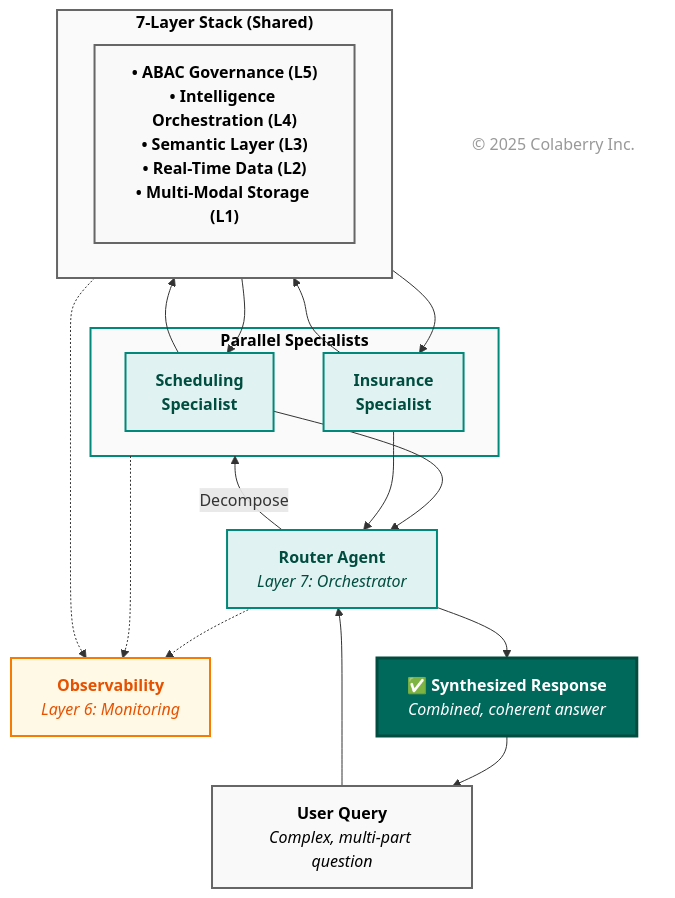
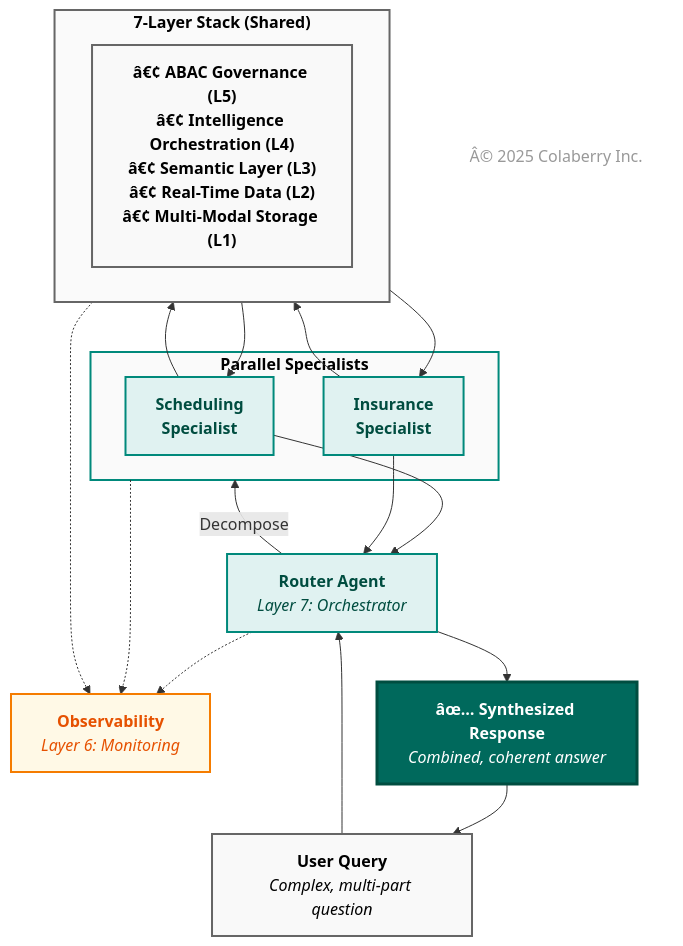
Diagram 16 of 18 in chapter-01/chapter_1_complete.md (colaberry/enterprise-data-readiness-ai-agents), drawn with Mermaid before and after one commit. The commit also changed other lines of this file and 24 other files, not shown here.

````diff
--- a/chapter-01/chapter_1_complete.md
+++ b/chapter-01/chapter_1_complete.md
@@ -2727,55 +2738,55 @@
 ```mermaid
 graph TB
     U["<b>User Query</b><br/><i>Complex, multi-part question</i>"]
     
     R["<b>Router Agent</b><br/><i>Layer 7: Orchestrator</i>"]
     
     subgraph parallel["<b>Parallel Specialists</b>"]
         S1["<b>Scheduling<br/>Specialist</b>"]
         S2["<b>Insurance<br/>Specialist</b>"]
     end
     
     subgraph stack["<b>7-Layer Stack (Shared)</b>"]
-        ST["<b>• ABAC Governance (L5)</b><br/><b>• Intelligence Orchestration (L4)</b><br/><b>• Semantic Layer (L3)</b><br/><b>• Real-Time Data (L2)</b><br/><b>• Multi-Modal Storage (L1)</b>"]
+        ST["<b>â€¢ ABAC Governance (L5)</b><br/><b>â€¢ Intelligence Orchestration (L4)</b><br/><b>â€¢ Semantic Layer (L3)</b><br/><b>â€¢ Real-Time Data (L2)</b><br/><b>â€¢ Multi-Modal Storage (L1)</b>"]
     end
     
     O["<b>Observability</b><br/><i>Layer 6: Monitoring</i>"]
     
-    RESP["<b>✅ Synthesized Response</b><br/><i>Combined, coherent answer</i>"]
+    RESP["<b>âœ… Synthesized Response</b><br/><i>Combined, coherent answer</i>"]
     
     U --> R
     R -->|Decompose| parallel
     S1 --> stack
     S2 --> stack
     stack --> S1
     stack --> S2
     S1 --> R
     S2 --> R
     R --> RESP
     RESP --> U
     
     R -.-> O
     parallel -.-> O
     stack -.-> O
     
     %% Link styling
     
     style U fill:#f9f9f9,stroke:#666666,stroke-width:2px,color:#000000
     style R fill:#e0f2f1,stroke:#00897b,stroke-width:2px,color:#004d40
     
     style parallel fill:#fafafa,stroke:#00897b,stroke-width:2px,color:#000000
     style S1 fill:#e0f2f1,stroke:#00897b,stroke-width:2px,color:#004d40
     style S2 fill:#e0f2f1,stroke:#00897b,stroke-width:2px,color:#004d40
     
     style stack fill:#fafafa,stroke:#666666,stroke-width:2px,color:#000000
     style ST fill:#f9f9f9,stroke:#666666,stroke-width:2px,color:#000000
     
     style O fill:#fff9e6,stroke:#f57c00,stroke-width:2px,color:#e65100
     style RESP fill:#00695c,color:#ffffff,stroke:#004d40,stroke-width:3px
 
     %% Copyright Notice
-    CR["© 2025 Colaberry Inc."]
+    CR["Â© 2025 Colaberry Inc."]
     style CR fill:none,stroke:none,color:#999999
 
 
 ```
````
